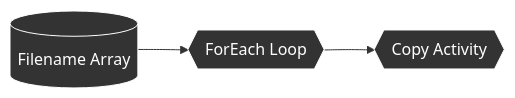
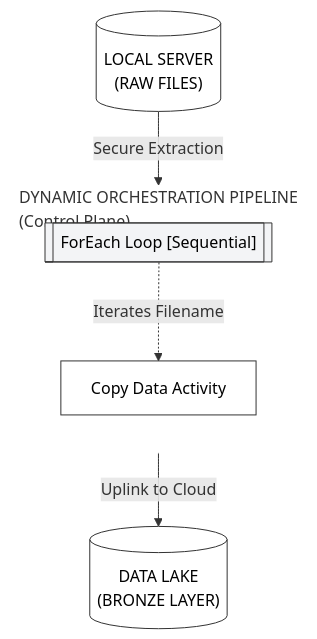
Before and after one commit to hamdahiqbal/ADF-Capstone-Project: the fifth of 14 diagrams in README.md, drawn with Mermaid. The commit also changed other lines of this file, not shown here.

````diff
--- a/README.md
+++ b/README.md
@@ -161,8 +438,23 @@
 ```mermaid
-graph LR
-    Array[("Filename Array")] --> ForEach{{"ForEach Loop"}} --> Copy{{"Copy Activity"}}
+flowchart TD
+    OnPrem[("LOCAL SERVER<br>(RAW FILES)")]
     
-    style Array fill:#333,stroke:#fff,color:#fff
-    style ForEach fill:#333,stroke:#fff,color:#fff
-    style Copy fill:#333,stroke:#fff,color:#fff
+    subgraph ADF ["DYNAMIC ORCHESTRATION PIPELINE<br>(Control Plane)"]
+        direction TB
+        ForEach[["ForEach Loop [Sequential]"]]
+        Copy["Copy Data Activity"]
+        
+        ForEach -.->|Iterates Filename| Copy
+    end
+
+    ADLS[("DATA LAKE<br>(BRONZE LAYER)")]
+
+    OnPrem -->|Secure Extraction| Copy
+    Copy -->|Uplink to Cloud| ADLS
+
+    style ADF fill:none,stroke:#ffffff,stroke-width:2px,stroke-dasharray: 4 4
+    style OnPrem fill:#ffffff,stroke:#333,color:#000
+    style ADLS fill:#ffffff,stroke:#333,color:#000
+    style ForEach fill:#f3f4f6,stroke:#333,color:#000
+    style Copy fill:#ffffff,stroke:#333,color:#000
 ```
````
